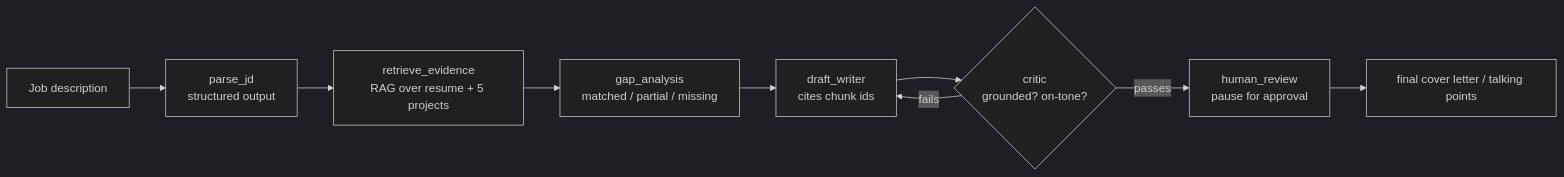
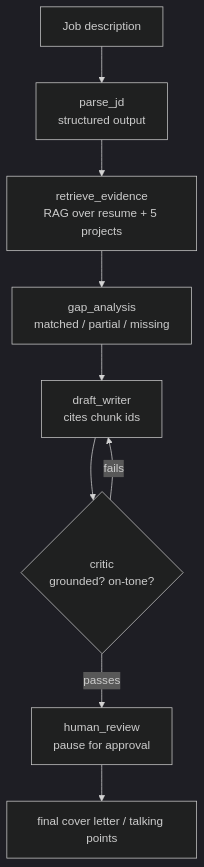
One commit to momo840505/career-copilot-agent changed the second of 2 diagrams in README.md. Above: the diagram before and after it, drawn with Mermaid (dark theme).

Commit message:
Fix pipeline diagram overflowing the page width

````diff
--- a/README.md
+++ b/README.md
@@ -152,11 +152,11 @@
 ```mermaid
-flowchart LR
+flowchart TB
     A["Job description"] --> B["parse_jd<br/>structured output"]
     B --> C["retrieve_evidence<br/>RAG over resume + 5 projects"]
     C --> D["gap_analysis<br/>matched / partial / missing"]
     D --> E["draft_writer<br/>cites chunk ids"]
     E --> F{"critic<br/>grounded? on-tone?"}
     F -- fails --> E
     F -- passes --> G["human_review<br/>pause for approval"]
     G --> H["final cover letter / talking points"]
 ```
````
